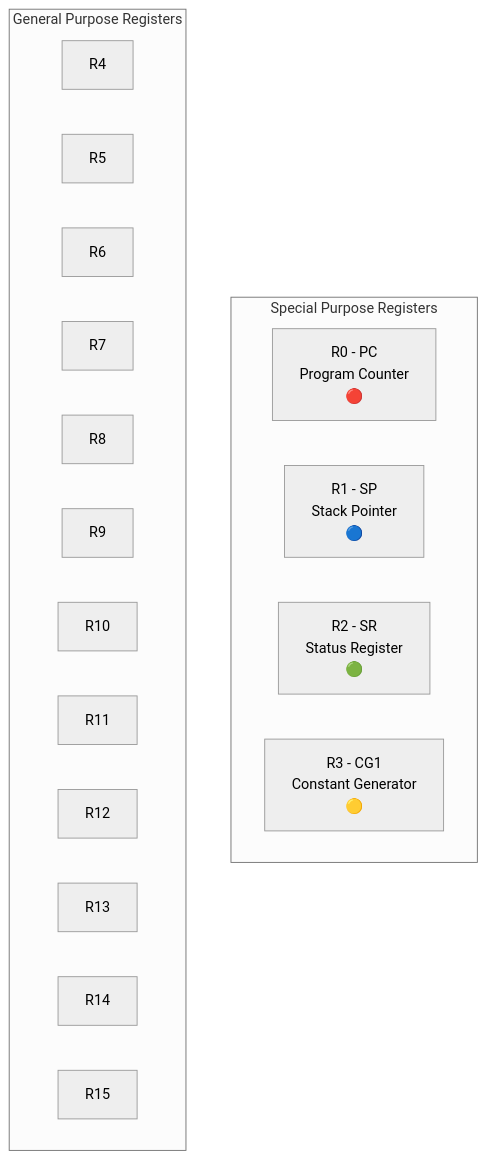
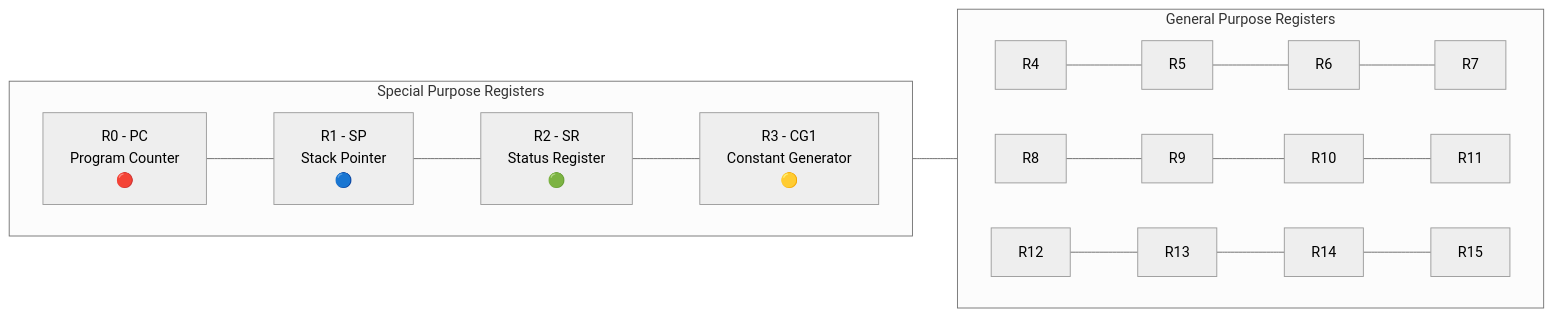
The first of 9 diagrams in docs/MSP430_CPU_REGISTERS.md (grahame-white/ai_msp430_emulator), drawn with Mermaid (neutral theme) before and after one commit. The commit also changed other lines of this file, not shown here.

Commit message:
Fix register diagrams to read horizontally and improve SR diagram readability

````diff
--- a/docs/MSP430_CPU_REGISTERS.md
+++ b/docs/MSP430_CPU_REGISTERS.md
@@ -11,24 +11,22 @@
 ```mermaid
-graph TB
+graph LR
     subgraph special["Special Purpose Registers"]
-        R0["R0 - PC<br/>Program Counter<br/>🔴"]
+        direction LR
+        R0["R0 - PC<br/>Program Counter<br/>🔴"] 
         R1["R1 - SP<br/>Stack Pointer<br/>🔵"]
-        R2["R2 - SR<br/>Status Register<br/>🟢"]
+        R2["R2 - SR<br/>Status Register<br/>🟢"] 
         R3["R3 - CG1<br/>Constant Generator<br/>🟡"]
+        R0 --- R1
+        R1 --- R2 
+        R2 --- R3
     end
     
     subgraph general["General Purpose Registers"]
-        R4["R4"] 
-        R5["R5"]
-        R6["R6"] 
-        R7["R7"]
-        R8["R8"] 
-        R9["R9"]
-        R10["R10"] 
-        R11["R11"]
-        R12["R12"] 
-        R13["R13"]
-        R14["R14"] 
-        R15["R15"]
+        direction LR
+        R4["R4"] --- R5["R5"] --- R6["R6"] --- R7["R7"]
+        R8["R8"] --- R9["R9"] --- R10["R10"] --- R11["R11"] 
+        R12["R12"] --- R13["R13"] --- R14["R14"] --- R15["R15"]
     end
+    
+    special --- general
 ```
````
